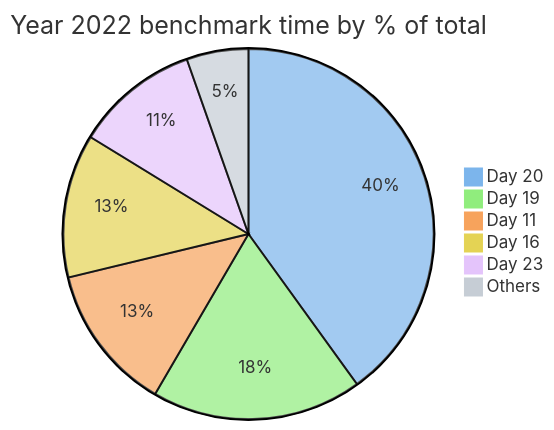
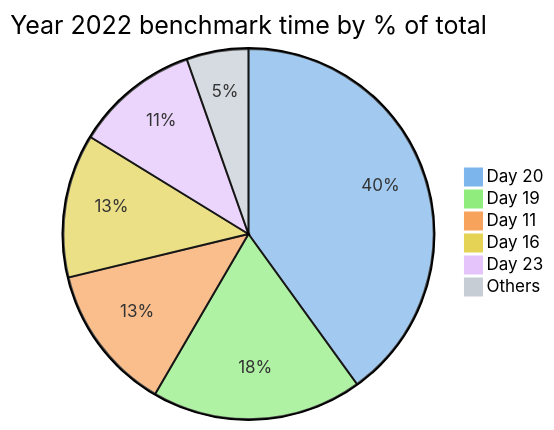
One commit to maneatingape/advent-of-code-rust changed the second of 7 diagrams in README.md. Above: the diagram before and after it, drawn with Mermaid. The commit also changed other lines of this file, not shown here.

Commit message:
Update benchmark data and graphs

````diff
--- a/README.md
+++ b/README.md
@@ -81,11 +80,11 @@
 ```mermaid
-%%{init: {'theme': 'base', 'themeVariables': { 'pie1': '#7cb5ec', 'pie2': '#90ed7d', 'pie3': '#f7a35c', 'pie4': '#e4d354', 'pie5': '#e4c4fb', 'pie6': '#c6cdd5'}}}%%
+%%{init: {"themeVariables": { "pie1": "#7cb5ec", "pie2": "#90ed7d", "pie3": "#f7a35c", "pie4": "#e4d354", "pie5": "#e4c4fb", "pie6": "#c6cdd5"}}}%%
 pie
     title Year 2022 benchmark time by % of total
     "Day 20" : 7449
     "Day 19" : 3416
     "Day 11" : 2386
     "Day 16" : 2331
     "Day 23" : 2017
     "Others" : 1004
 ```
````
